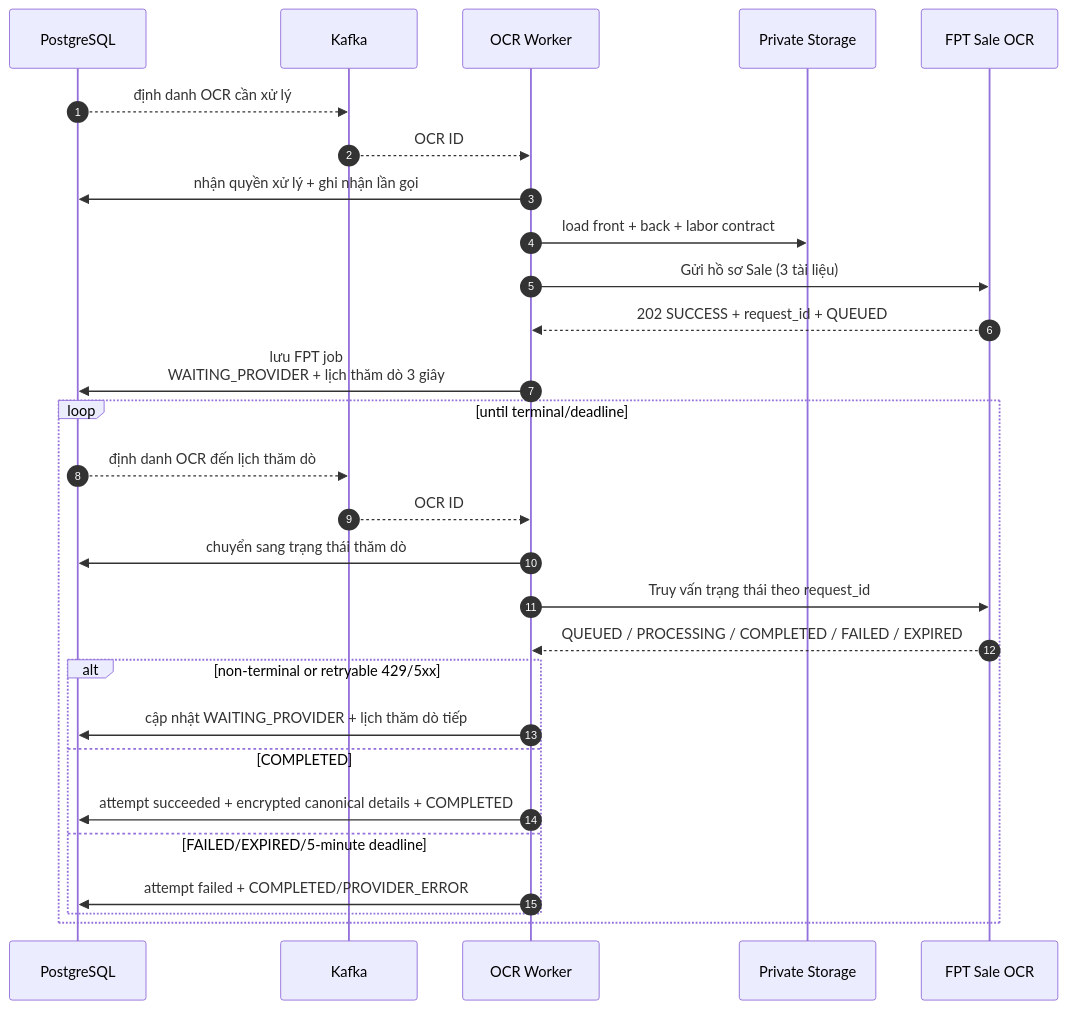
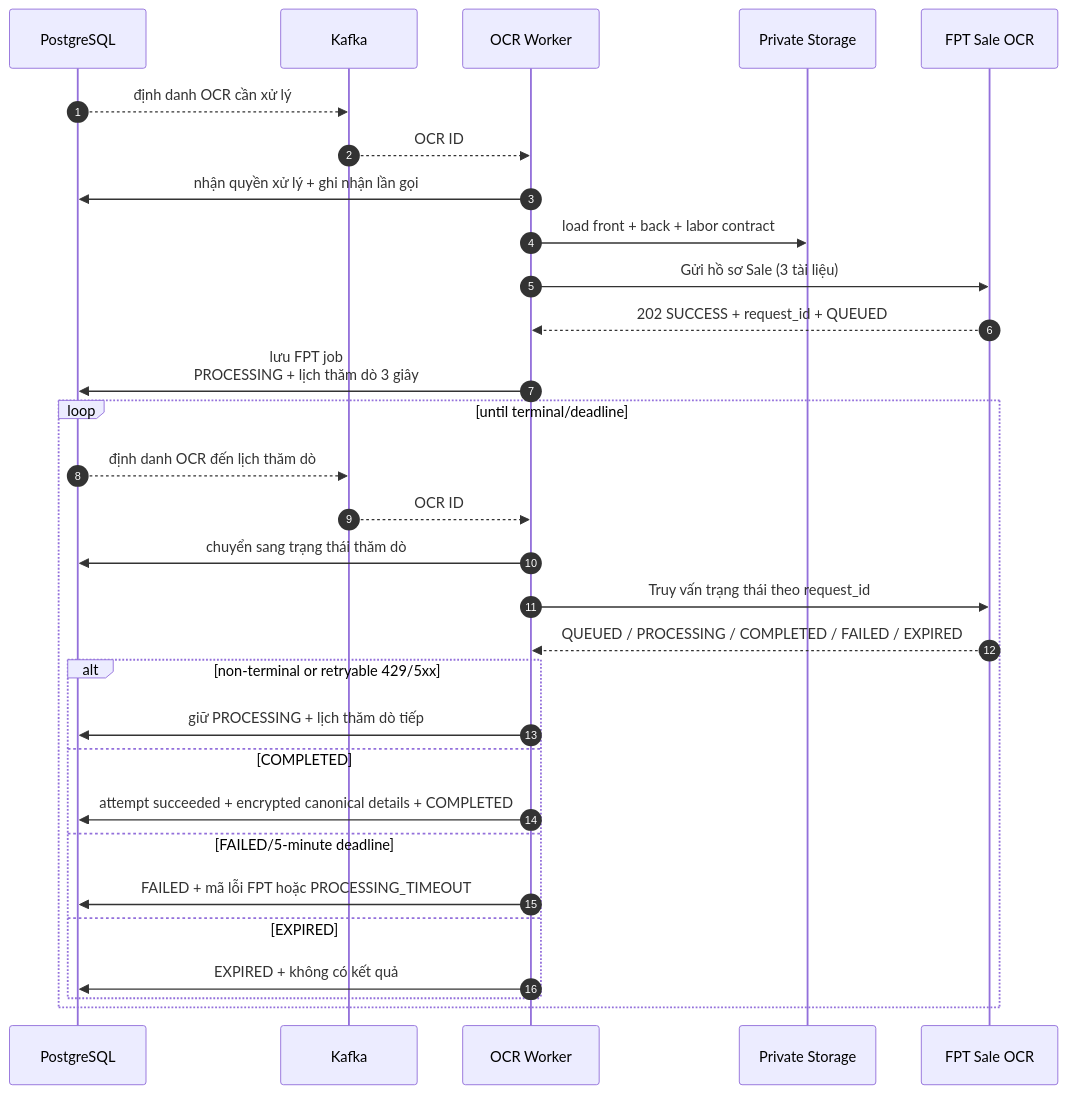
One commit to huynv-xyz/vhm changed the tenth of 12 diagrams in tdd-ocr-ekyc.md. Above: the diagram before and after it, drawn with Mermaid. The commit also changed other lines of this file, not shown here.

````diff
--- a/tdd-ocr-ekyc.md
+++ b/tdd-ocr-ekyc.md
@@ -945,32 +943,34 @@
 ```mermaid
 sequenceDiagram
     autonumber
     participant D as PostgreSQL
     participant K as Kafka
     participant W as OCR Worker
     participant S as Private Storage
     participant F as FPT Sale OCR
 
     D-->>K: định danh OCR cần xử lý
     K-->>W: OCR ID
     W->>D: nhận quyền xử lý + ghi nhận lần gọi
     W->>S: load front + back + labor contract
     W->>F: Gửi hồ sơ Sale (3 tài liệu)
     F-->>W: 202 SUCCESS + request_id + QUEUED
-    W->>D: lưu FPT job<br/>WAITING_PROVIDER + lịch thăm dò 3 giây
+    W->>D: lưu FPT job<br/>PROCESSING + lịch thăm dò 3 giây
 
     loop until terminal/deadline
         D-->>K: định danh OCR đến lịch thăm dò
         K-->>W: OCR ID
         W->>D: chuyển sang trạng thái thăm dò
         W->>F: Truy vấn trạng thái theo request_id
         F-->>W: QUEUED / PROCESSING / COMPLETED / FAILED / EXPIRED
         alt non-terminal or retryable 429/5xx
-            W->>D: cập nhật WAITING_PROVIDER + lịch thăm dò tiếp
+            W->>D: giữ PROCESSING + lịch thăm dò tiếp
         else COMPLETED
             W->>D: attempt succeeded + encrypted canonical details + COMPLETED
-        else FAILED/EXPIRED/5-minute deadline
-            W->>D: attempt failed + COMPLETED/PROVIDER_ERROR
+        else FAILED/5-minute deadline
+            W->>D: FAILED + mã lỗi FPT hoặc PROCESSING_TIMEOUT
+        else EXPIRED
+            W->>D: EXPIRED + không có kết quả
         end
     end
 ```
````
